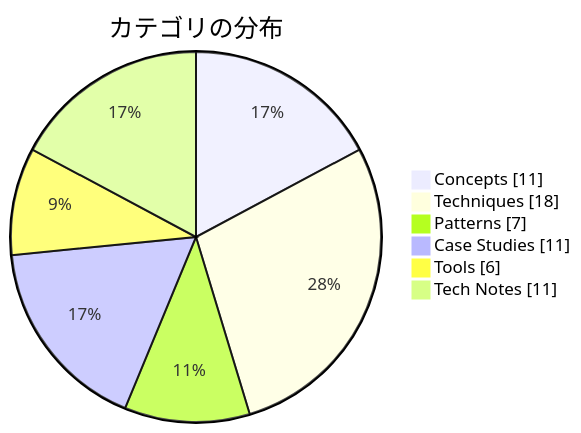
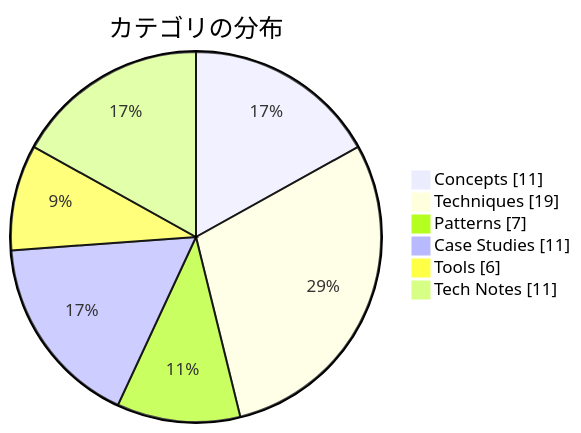
Before and after one commit to dinekt/dinekt-wiki: the second of 2 diagrams in docs/index.md, drawn with Mermaid. The commit also changed other lines of this file and 14 other files, not shown here.

````diff
--- a/docs/index.md
+++ b/docs/index.md
@@ -37,9 +37,9 @@
 ```mermaid
 pie showData title カテゴリの分布
     "Concepts" : 11
-    "Techniques" : 18
+    "Techniques" : 19
     "Patterns" : 7
     "Case Studies" : 11
     "Tools" : 6
     "Tech Notes" : 11
 ```
````
